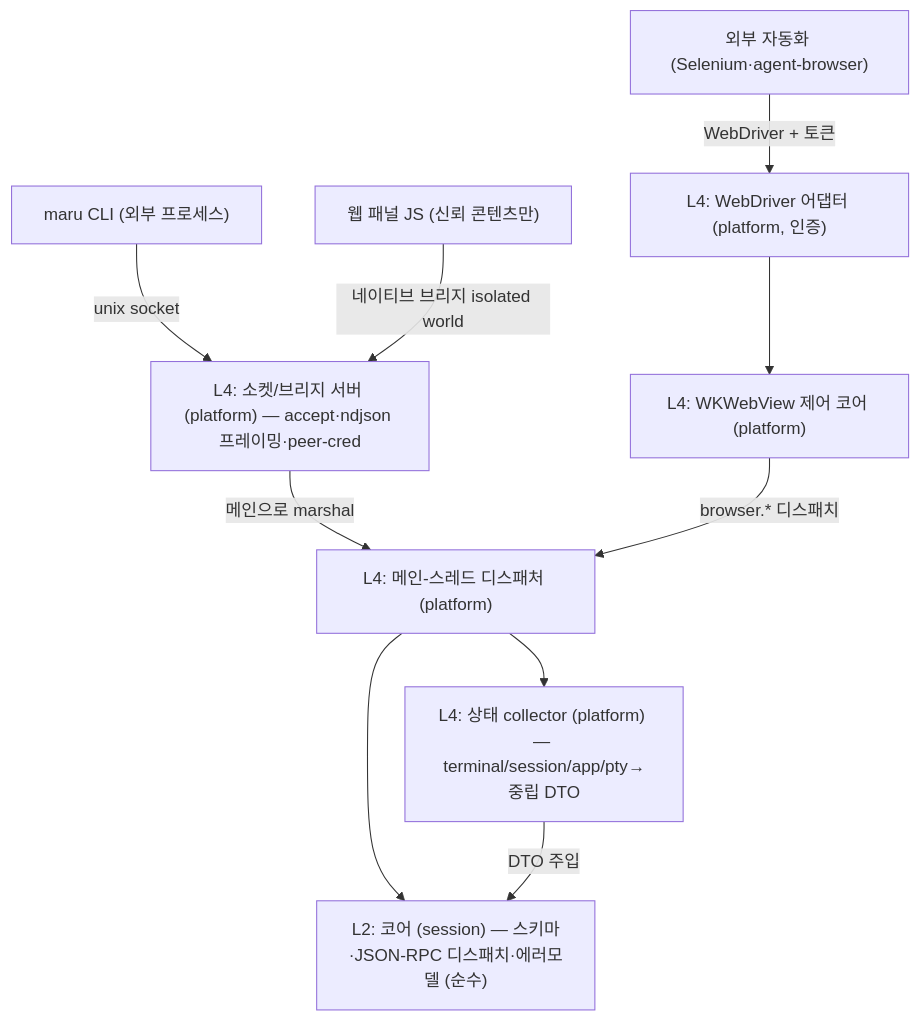
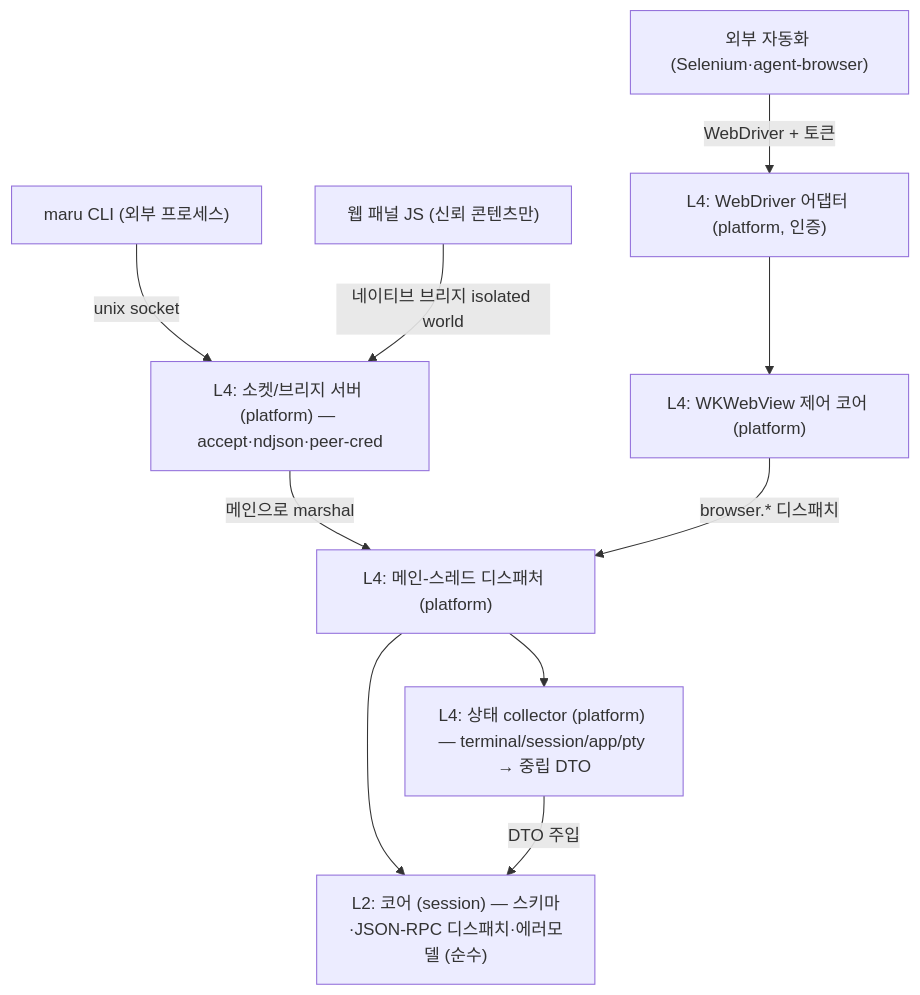
The diagram in docs/control-plane.md (ohah/maru), drawn with Mermaid before and after one commit. The commit also changed other lines of this file, not shown here.

````diff
--- a/docs/control-plane.md
+++ b/docs/control-plane.md
@@ -27,13 +26,13 @@
 ```mermaid
 flowchart TD
     cli["maru CLI (외부 프로세스)"] -->|unix socket| sock
     ext["외부 자동화 (Selenium·agent-browser)"] -->|WebDriver + 토큰| wdadapter
     webpanel["웹 패널 JS (신뢰 콘텐츠만)"] -->|네이티브 브리지 isolated world| sock
-    sock["L4: 소켓/브리지 서버 (platform) — accept·ndjson 프레이밍·peer-cred"] -->|메인으로 marshal| disp
+    sock["L4: 소켓/브리지 서버 (platform) — accept·ndjson·peer-cred"] -->|메인으로 marshal| disp
     disp["L4: 메인-스레드 디스패처 (platform)"] --> core
     disp --> collector
     wdadapter["L4: WebDriver 어댑터 (platform, 인증)"] --> wkcore
     core["L2: 코어 (session) — 스키마·JSON-RPC 디스패치·에러모델 (순수)"]
-    collector["L4: 상태 collector (platform) — terminal/session/app/pty→중립 DTO"] -->|DTO 주입| core
+    collector["L4: 상태 collector (platform) — terminal/session/app/pty → 중립 DTO"] -->|DTO 주입| core
     wkcore["L4: WKWebView 제어 코어 (platform)"] -->|browser.* 디스패치| disp
 ```
````
